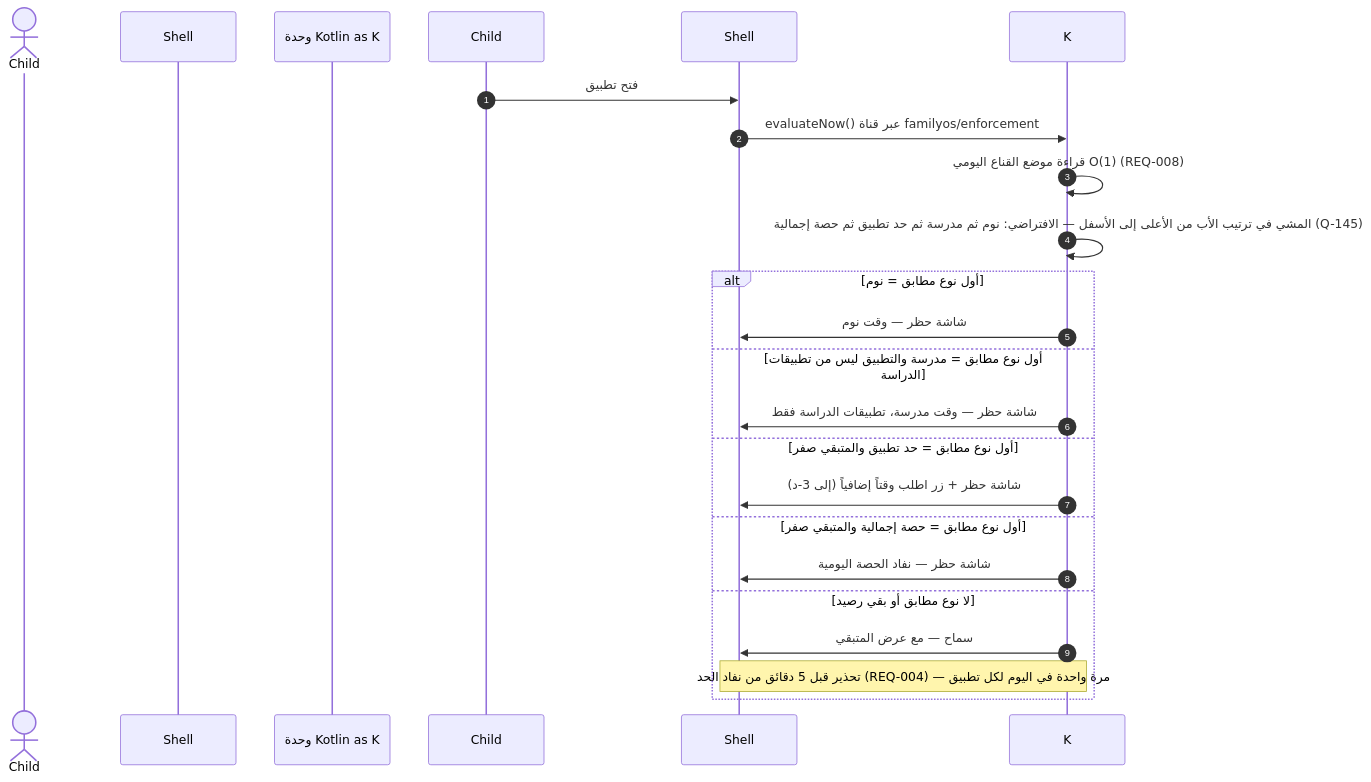
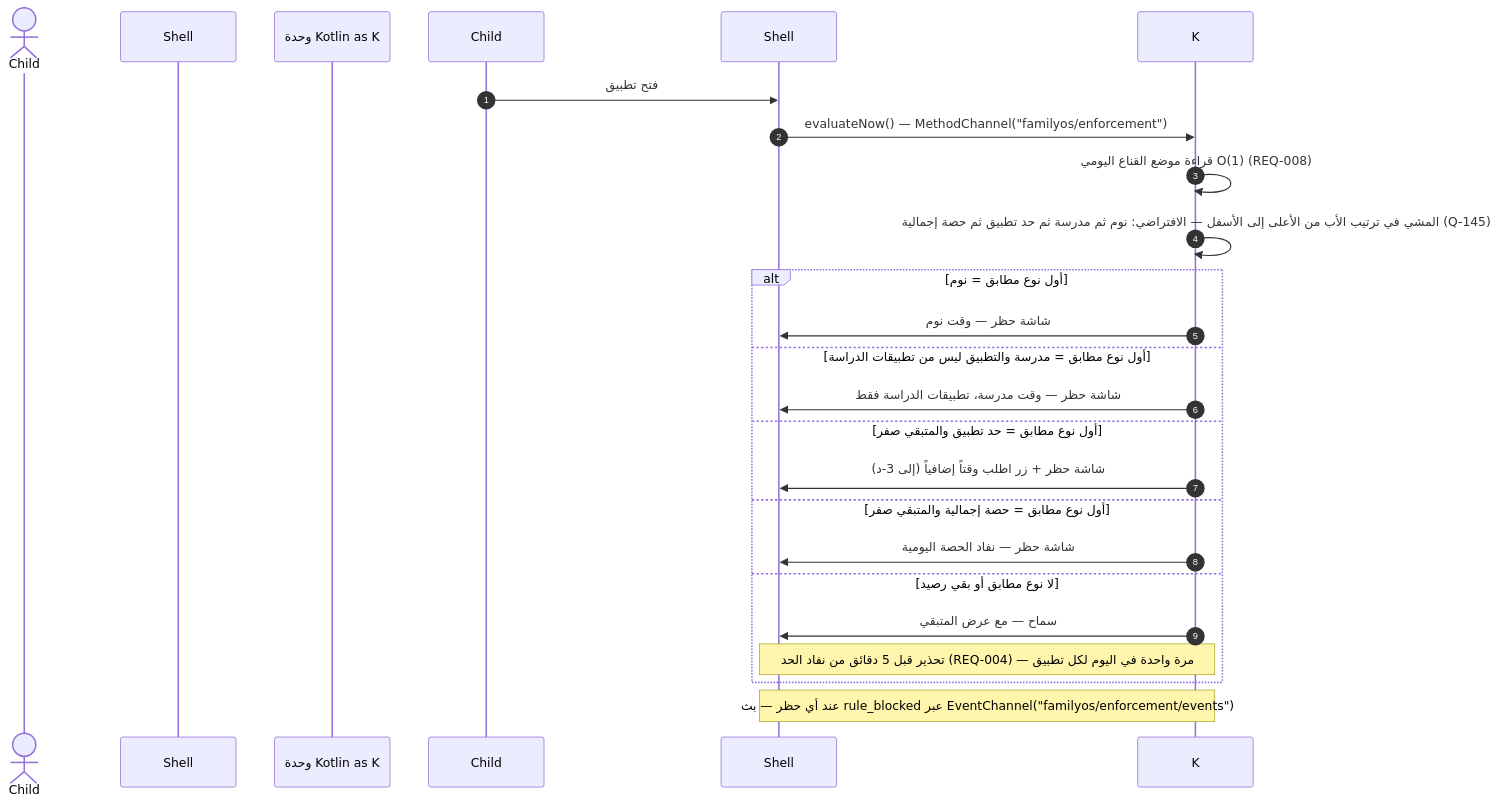
The fifth of 13 diagrams in docs/family-os/governance/phases/phase-1/S1-10-protection-and-enforcement/DIAGRAMS.md (Bassam-mohammed-alqaeadi/family-os-v2), drawn with Mermaid before and after one commit. The commit also changed other lines of this file and 19 other files, not shown here.

````diff
--- a/docs/family-os/governance/phases/phase-1/S1-10-protection-and-enforcement/DIAGRAMS.md
+++ b/docs/family-os/governance/phases/phase-1/S1-10-protection-and-enforcement/DIAGRAMS.md
@@ -253,23 +256,24 @@
 ```mermaid
 sequenceDiagram
     autonumber
     actor الطفل as Child
     participant الغلاف as Shell
     participant وحدة Kotlin as K
     Child->>Shell: فتح تطبيق
-    Shell->>K: evaluateNow() عبر قناة familyos/enforcement
+    Shell->>K: evaluateNow() — MethodChannel("familyos/enforcement")
     K->>K: قراءة موضع القناع اليومي O(1) (REQ-008)
     K->>K: المشي في ترتيب الأب من الأعلى إلى الأسفل — الافتراضي: نوم ثم مدرسة ثم حد تطبيق ثم حصة إجمالية (Q-145)
     alt أول نوع مطابق = نوم
         K->>Shell: شاشة حظر — وقت نوم
     else أول نوع مطابق = مدرسة والتطبيق ليس من تطبيقات الدراسة
         K->>Shell: شاشة حظر — وقت مدرسة، تطبيقات الدراسة فقط
     else أول نوع مطابق = حد تطبيق والمتبقي صفر
         K->>Shell: شاشة حظر + زر اطلب وقتاً إضافياً (إلى 3-د)
     else أول نوع مطابق = حصة إجمالية والمتبقي صفر
         K->>Shell: شاشة حظر — نفاد الحصة اليومية
     else لا نوع مطابق أو بقي رصيد
         K->>Shell: سماح — مع عرض المتبقي
         Note over K,Shell: تحذير قبل 5 دقائق من نفاد الحد (REQ-004) — مرة واحدة في اليوم لكل تطبيق
     end
+    Note over K,Shell: عند أي حظر — بث rule_blocked عبر EventChannel("familyos/enforcement/events")
 ```
````
